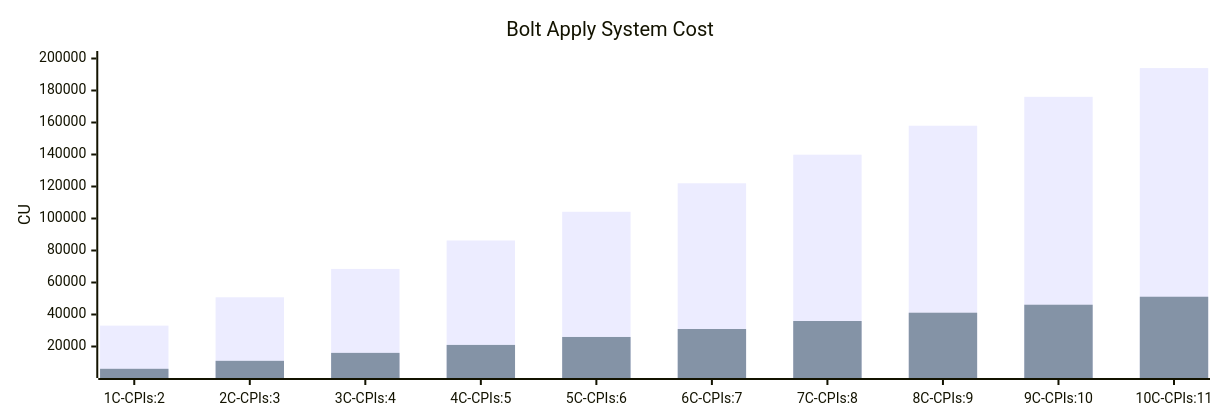
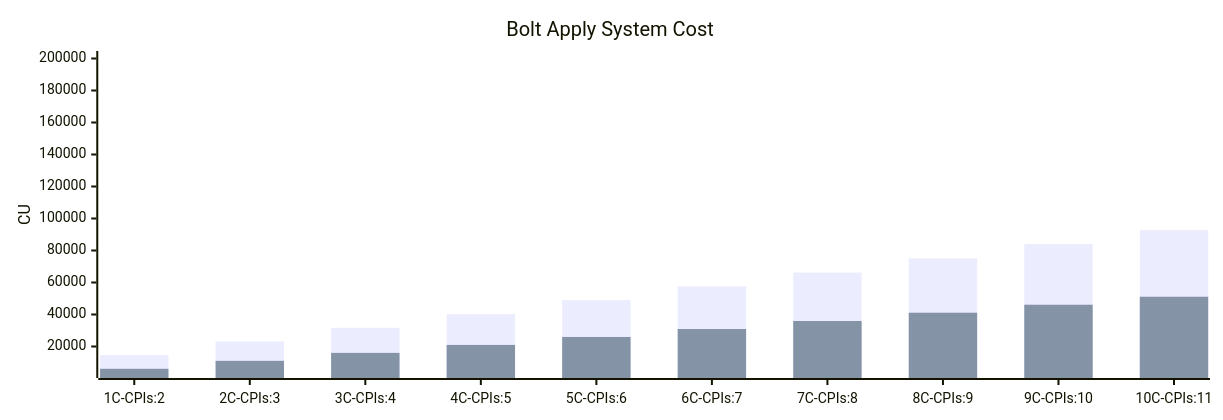
The diagram in docs/REPORT.md (magicblock-labs/bolt), drawn with Mermaid before and after one commit. The commit also changed 1 other file, not shown here.

Commit message:
:bug: Fixing seed order in TS client

````diff
--- a/docs/REPORT.md
+++ b/docs/REPORT.md
@@ -1,9 +1,9 @@
 ```mermaid
 %%{init: {"xyChart": {"width": 1200, "height": 400, "xAxis": {}}}}%%
 xychart
     title "Bolt Apply System Cost"
     x-axis ["1C-CPIs:2","2C-CPIs:3","3C-CPIs:4","4C-CPIs:5","5C-CPIs:6","6C-CPIs:7","7C-CPIs:8","8C-CPIs:9","9C-CPIs:10","10C-CPIs:11"]
     y-axis "CU" 5000 --> 200000
-    bar [33051,50759,68492,86251,104202,122022,139888,157974,176060,194011]
+    bar [14633,23134,31660,40212,48956,57569,66228,75107,83986,92730]
     bar [6065,11042,16014,20986,25958,30934,35929,41116,46111,51107]
 ```
````
